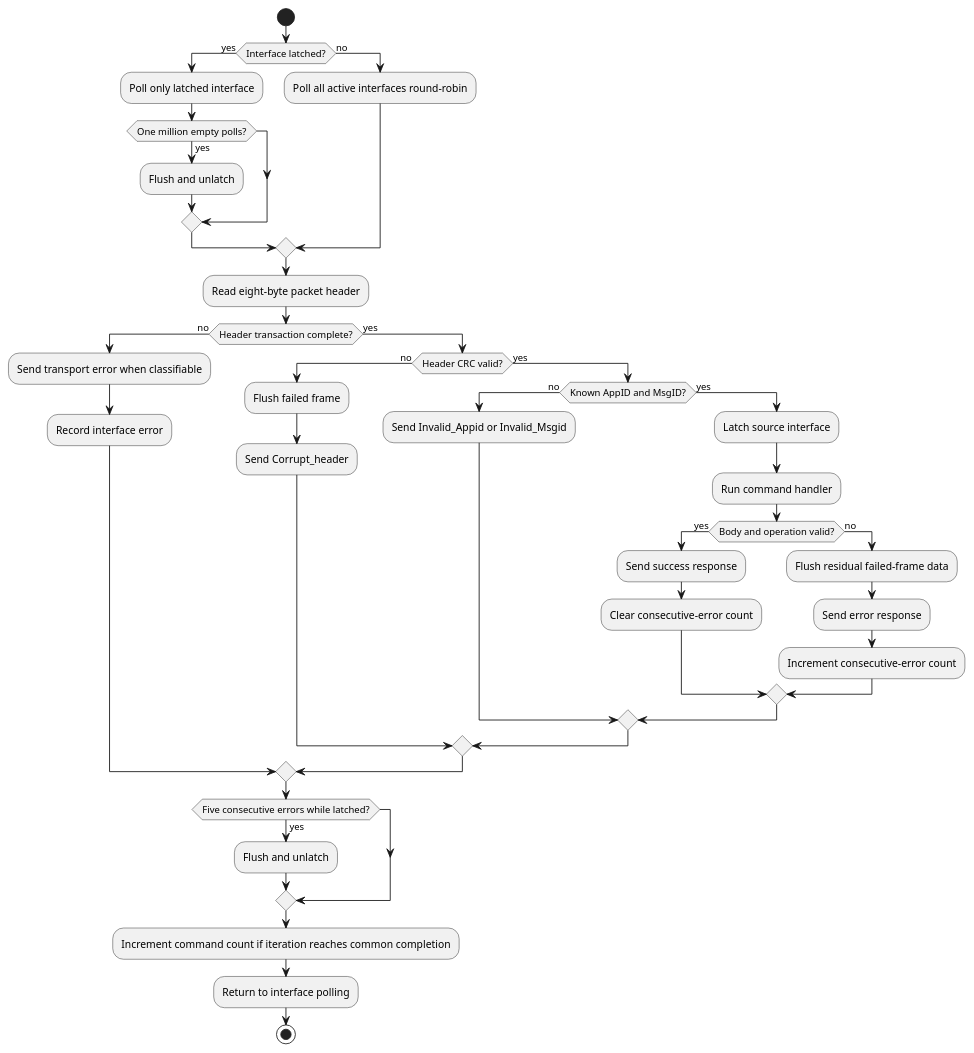
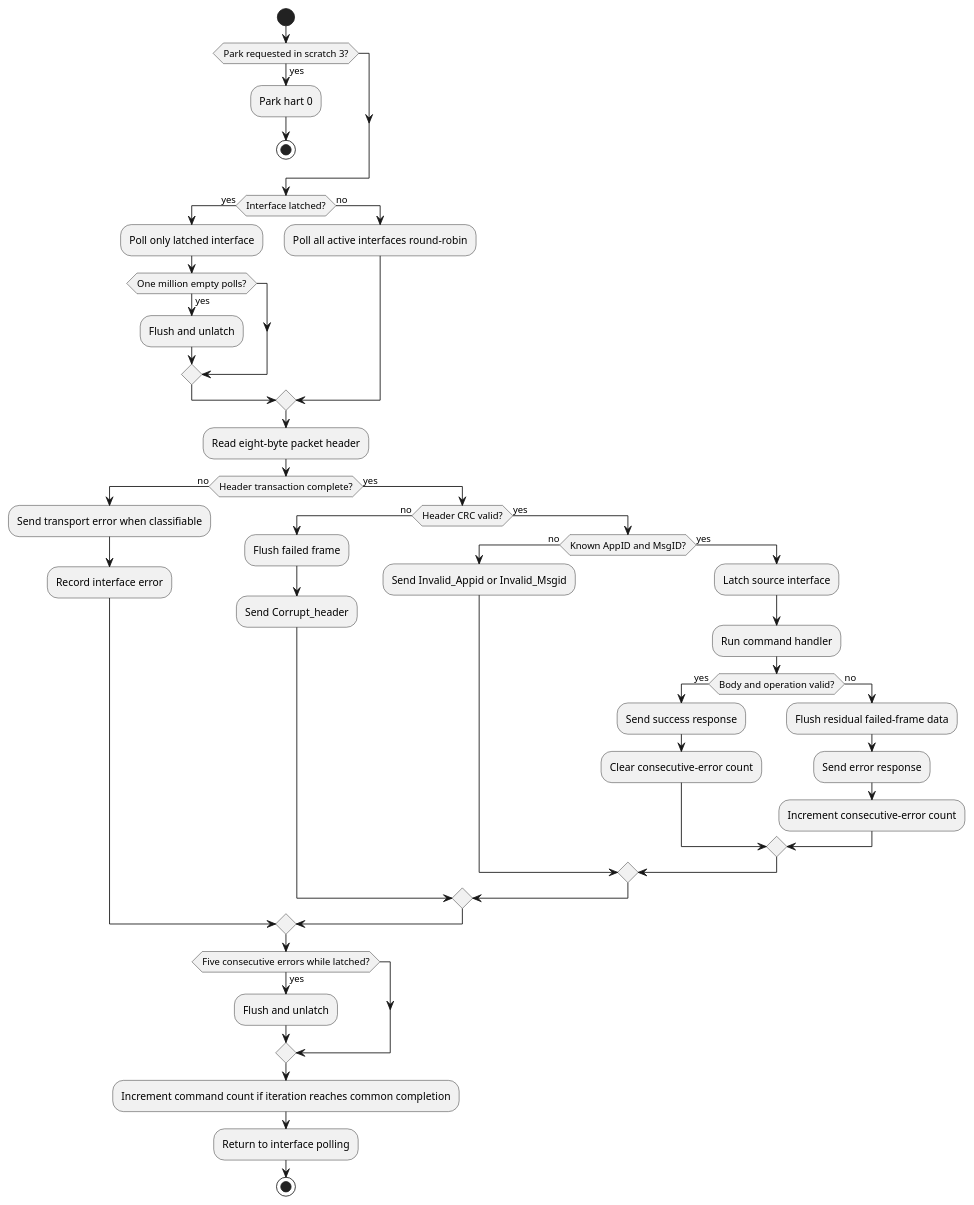
Before and after one commit to tenstorrent/tt-oca-harness: the diagram in hw/sys/smc/bootrom/prod/doc/occp-processing.adoc, drawn with PlantUML. The commit also changed other lines of this file and 29 other files, not shown here.

First line of the commit message:
fw/smc: Park hart 0 with its D-cache written back before the SEP resets it (#3503)

```diff
--- a/hw/sys/smc/bootrom/prod/doc/occp-processing.adoc
+++ b/hw/sys/smc/bootrom/prod/doc/occp-processing.adoc
@@ -12,45 +12,49 @@
 [plantuml]
 ....
 @startuml
 start
+if (Park requested in scratch 3?) then (yes)
+  :Park hart 0;
+  stop
+endif
 if (Interface latched?) then (yes)
   :Poll only latched interface;
   if (One million empty polls?) then (yes)
     :Flush and unlatch;
   endif
 else (no)
   :Poll all active interfaces round-robin;
 endif
 :Read eight-byte packet header;
 if (Header transaction complete?) then (no)
   :Send transport error when classifiable;
   :Record interface error;
 else (yes)
   if (Header CRC valid?) then (no)
     :Flush failed frame;
     :Send Corrupt_header;
   else (yes)
     if (Known AppID and MsgID?) then (no)
       :Send Invalid_Appid or Invalid_Msgid;
     else (yes)
       :Latch source interface;
       :Run command handler;
       if (Body and operation valid?) then (yes)
         :Send success response;
         :Clear consecutive-error count;
       else (no)
         :Flush residual failed-frame data;
         :Send error response;
         :Increment consecutive-error count;
       endif
     endif
   endif
 endif
 if (Five consecutive errors while latched?) then (yes)
   :Flush and unlatch;
 endif
 :Increment command count if iteration reaches common completion;
 :Return to interface polling;
 stop
 @enduml
 ....
```
